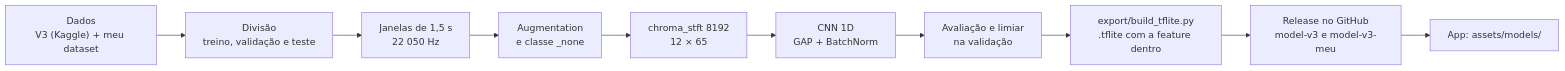
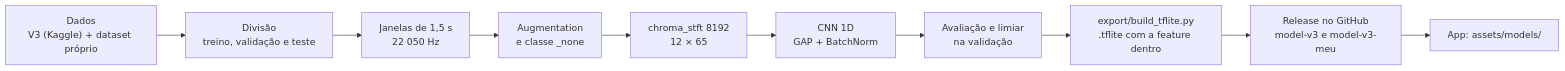
One commit to imxder/ChordAI-backend changed the diagram in docs/como-funciona.md. Above: the diagram before and after it, drawn with Mermaid. The commit also changed other lines of this file and 1 other file, not shown here.

````diff
--- a/docs/como-funciona.md
+++ b/docs/como-funciona.md
@@ -7,12 +7,12 @@
 ```mermaid
 flowchart LR
-    D["Dados<br/>V3 (Kaggle) + meu dataset"] --> S["Divisão<br/>treino, validação e teste"]
+    D["Dados<br/>V3 (Kaggle) + dataset próprio"] --> S["Divisão<br/>treino, validação e teste"]
     S --> J["Janelas de 1,5 s<br/>22 050 Hz"]
     J --> A["Augmentation<br/>e classe _none"]
     A --> F["chroma_stft 8192<br/>12 × 65"]
     F --> R["CNN 1D<br/>GAP + BatchNorm"]
     R --> V["Avaliação e limiar<br/>na validação"]
     V --> E["export/build_tflite.py<br/>.tflite com a feature dentro"]
     E --> G["Release no GitHub<br/>model-v3 e model-v3-meu"]
     G --> P["App: assets/models/"]
 ```
````
